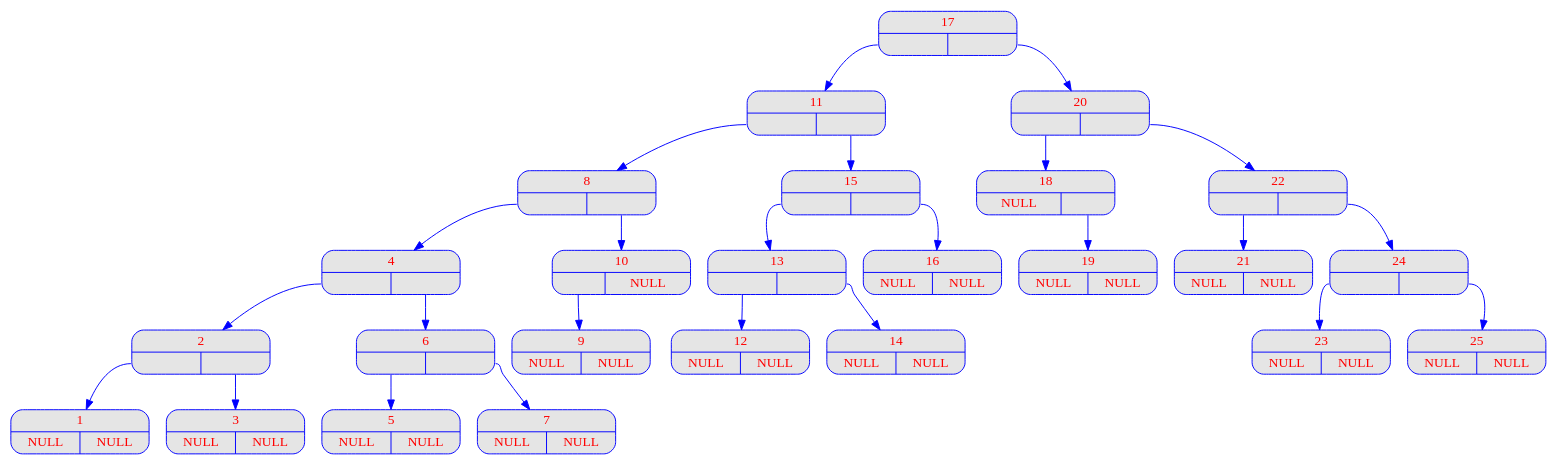
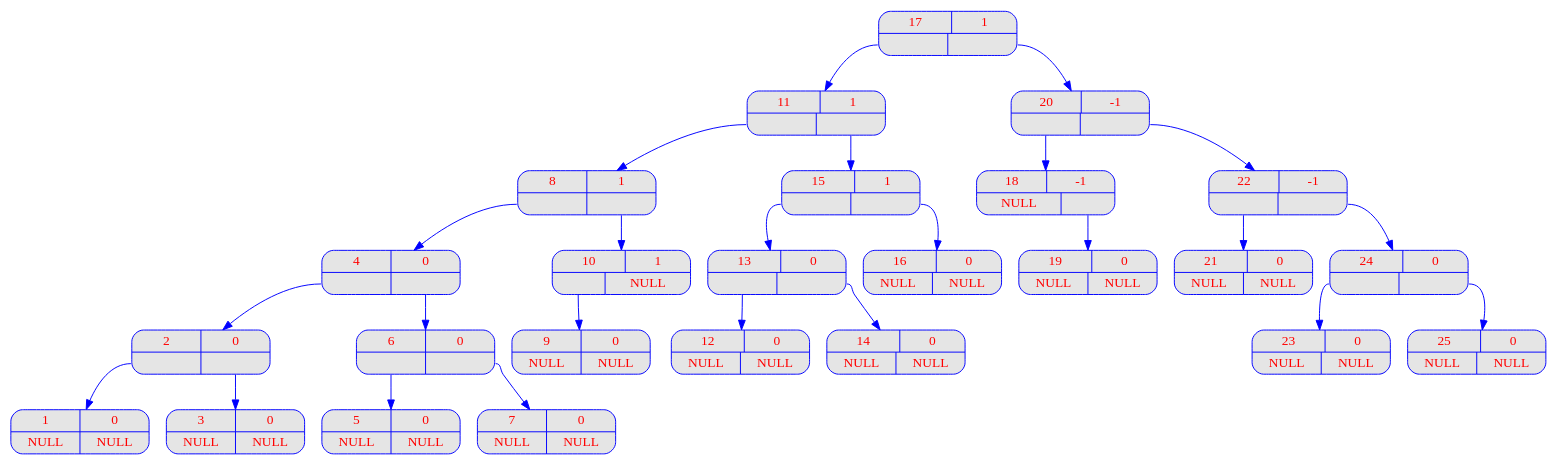
Before and after one commit to onxzy/aap_filrouge: the diagram in output/dot/root_v00.dot, drawn with Graphviz. The commit also changed 3 other files, not shown here.

```diff
--- a/output/dot/root_v00.dot
+++ b/output/dot/root_v00.dot
@@ -1,80 +1,80 @@
 digraph root {
 	node [
 		fontname  = "Arial bold" 
 		fontsize  = "14"
 		fontcolor = "red"
 		style     = "rounded, filled"
 		shape     = "record"
 		fillcolor = "grey90"
 		color     = "blue"
 		width     = "2"
 	]
 
 	edge [
 		color     = "blue"
 	]
 
-	17 [label = "{<c> 17 | { <g> | <d>}}"];
+	17 [label = "{{<c> 17 | <b> 1} | { <g> | <d>}}"];
 	17:g -> 11;
-	11 [label = "{<c> 11 | { <g> | <d>}}"];
+	11 [label = "{{<c> 11 | <b> 1} | { <g> | <d>}}"];
 	11:g -> 8;
-	8 [label = "{<c> 8 | { <g> | <d>}}"];
+	8 [label = "{{<c> 8 | <b> 1} | { <g> | <d>}}"];
 	8:g -> 4;
-	4 [label = "{<c> 4 | { <g> | <d>}}"];
+	4 [label = "{{<c> 4 | <b> 0} | { <g> | <d>}}"];
 	4:g -> 2;
-	2 [label = "{<c> 2 | { <g> | <d>}}"];
+	2 [label = "{{<c> 2 | <b> 0} | { <g> | <d>}}"];
 	2:g -> 1;
-	1 [label = "{<c> 1 | { <g> | <d>}}"];
-	1 [label = "{<c> 1 | { <g> NULL | <d> NULL}}"];
+	1 [label = "{{<c> 1 | <b> 0} | { <g> | <d>}}"];
+	1 [label = "{{<c> 1 | <b> 0} | { <g> NULL | <d> NULL}}"];
 	2:d -> 3;
-	3 [label = "{<c> 3 | { <g> | <d>}}"];
-	3 [label = "{<c> 3 | { <g> NULL | <d> NULL}}"];
+	3 [label = "{{<c> 3 | <b> 0} | { <g> | <d>}}"];
+	3 [label = "{{<c> 3 | <b> 0} | { <g> NULL | <d> NULL}}"];
 	4:d -> 6;
-	6 [label = "{<c> 6 | { <g> | <d>}}"];
+	6 [label = "{{<c> 6 | <b> 0} | { <g> | <d>}}"];
 	6:g -> 5;
-	5 [label = "{<c> 5 | { <g> | <d>}}"];
-	5 [label = "{<c> 5 | { <g> NULL | <d> NULL}}"];
+	5 [label = "{{<c> 5 | <b> 0} | { <g> | <d>}}"];
+	5 [label = "{{<c> 5 | <b> 0} | { <g> NULL | <d> NULL}}"];
 	6:d -> 7;
-	7 [label = "{<c> 7 | { <g> | <d>}}"];
-	7 [label = "{<c> 7 | { <g> NULL | <d> NULL}}"];
+	7 [label = "{{<c> 7 | <b> 0} | { <g> | <d>}}"];
+	7 [label = "{{<c> 7 | <b> 0} | { <g> NULL | <d> NULL}}"];
 	8:d -> 10;
-	10 [label = "{<c> 10 | { <g> | <d>}}"];
-	10 [label = "{<c> 10 | { <g> | <d> NULL}}"];
+	10 [label = "{{<c> 10 | <b> 1} | { <g> | <d>}}"];
+	10 [label = "{{<c> 10 | <b> 1} | { <g> | <d> NULL}}"];
 	10:g -> 9;
-	9 [label = "{<c> 9 | { <g> | <d>}}"];
-	9 [label = "{<c> 9 | { <g> NULL | <d> NULL}}"];
+	9 [label = "{{<c> 9 | <b> 0} | { <g> | <d>}}"];
+	9 [label = "{{<c> 9 | <b> 0} | { <g> NULL | <d> NULL}}"];
 	11:d -> 15;
-	15 [label = "{<c> 15 | { <g> | <d>}}"];
+	15 [label = "{{<c> 15 | <b> 1} | { <g> | <d>}}"];
 	15:g -> 13;
-	13 [label = "{<c> 13 | { <g> | <d>}}"];
+	13 [label = "{{<c> 13 | <b> 0} | { <g> | <d>}}"];
 	13:g -> 12;
-	12 [label = "{<c> 12 | { <g> | <d>}}"];
-	12 [label = "{<c> 12 | { <g> NULL | <d> NULL}}"];
+	12 [label = "{{<c> 12 | <b> 0} | { <g> | <d>}}"];
+	12 [label = "{{<c> 12 | <b> 0} | { <g> NULL | <d> NULL}}"];
 	13:d -> 14;
-	14 [label = "{<c> 14 | { <g> | <d>}}"];
-	14 [label = "{<c> 14 | { <g> NULL | <d> NULL}}"];
+	14 [label = "{{<c> 14 | <b> 0} | { <g> | <d>}}"];
+	14 [label = "{{<c> 14 | <b> 0} | { <g> NULL | <d> NULL}}"];
 	15:d -> 16;
-	16 [label = "{<c> 16 | { <g> | <d>}}"];
-	16 [label = "{<c> 16 | { <g> NULL | <d> NULL}}"];
+	16 [label = "{{<c> 16 | <b> 0} | { <g> | <d>}}"];
+	16 [label = "{{<c> 16 | <b> 0} | { <g> NULL | <d> NULL}}"];
 	17:d -> 20;
-	20 [label = "{<c> 20 | { <g> | <d>}}"];
+	20 [label = "{{<c> 20 | <b> -1} | { <g> | <d>}}"];
 	20:g -> 18;
-	18 [label = "{<c> 18 | { <g> | <d>}}"];
-	18 [label = "{<c> 18 | { <g> NULL | <d> }}"];
+	18 [label = "{{<c> 18 | <b> -1} | { <g> | <d>}}"];
+	18 [label = "{{<c> 18 | <b> -1} | { <g> NULL | <d> }}"];
 	18:d -> 19;
-	19 [label = "{<c> 19 | { <g> | <d>}}"];
-	19 [label = "{<c> 19 | { <g> NULL | <d> NULL}}"];
+	19 [label = "{{<c> 19 | <b> 0} | { <g> | <d>}}"];
+	19 [label = "{{<c> 19 | <b> 0} | { <g> NULL | <d> NULL}}"];
 	20:d -> 22;
-	22 [label = "{<c> 22 | { <g> | <d>}}"];
+	22 [label = "{{<c> 22 | <b> -1} | { <g> | <d>}}"];
 	22:g -> 21;
-	21 [label = "{<c> 21 | { <g> | <d>}}"];
-	21 [label = "{<c> 21 | { <g> NULL | <d> NULL}}"];
+	21 [label = "{{<c> 21 | <b> 0} | { <g> | <d>}}"];
+	21 [label = "{{<c> 21 | <b> 0} | { <g> NULL | <d> NULL}}"];
 	22:d -> 24;
-	24 [label = "{<c> 24 | { <g> | <d>}}"];
+	24 [label = "{{<c> 24 | <b> 0} | { <g> | <d>}}"];
 	24:g -> 23;
-	23 [label = "{<c> 23 | { <g> | <d>}}"];
-	23 [label = "{<c> 23 | { <g> NULL | <d> NULL}}"];
+	23 [label = "{{<c> 23 | <b> 0} | { <g> | <d>}}"];
+	23 [label = "{{<c> 23 | <b> 0} | { <g> NULL | <d> NULL}}"];
 	24:d -> 25;
-	25 [label = "{<c> 25 | { <g> | <d>}}"];
-	25 [label = "{<c> 25 | { <g> NULL | <d> NULL}}"];
+	25 [label = "{{<c> 25 | <b> 0} | { <g> | <d>}}"];
+	25 [label = "{{<c> 25 | <b> 0} | { <g> NULL | <d> NULL}}"];
 }
```
